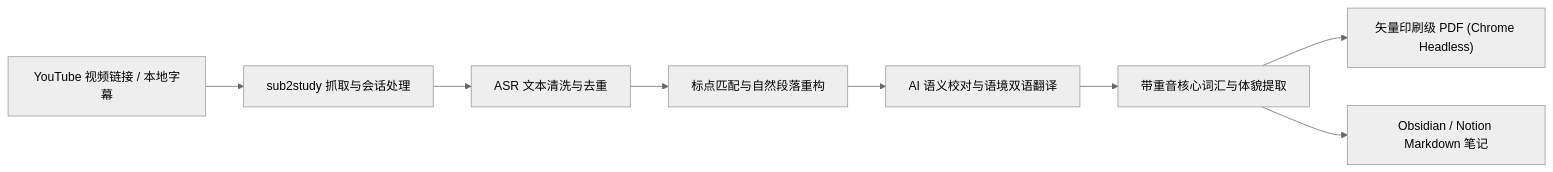
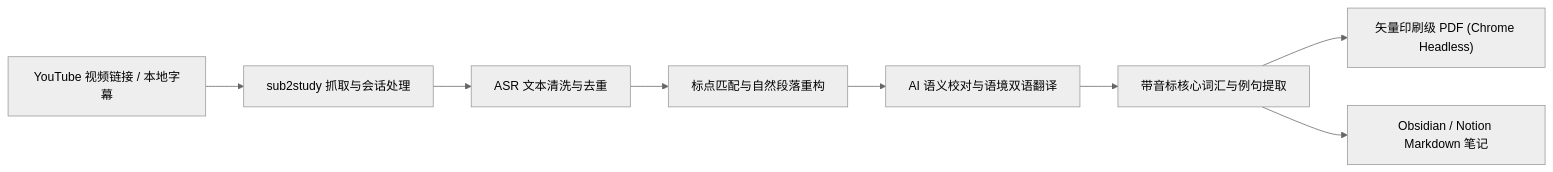
The diagram in README.md (wanxiao2018/sub2study), drawn with Mermaid (neutral theme) before and after one commit. The commit also changed other lines of this file and 2 other files, not shown here.

````diff
--- a/README.md
+++ b/README.md
@@ -38,10 +40,10 @@
 ```mermaid
 flowchart LR
     A["YouTube 视频链接 / 本地字幕"] --> B["sub2study 抓取与会话处理"]
     B --> C["ASR 文本清洗与去重"]
     C --> D["标点匹配与自然段落重构"]
     D --> E["AI 语义校对与语境双语翻译"]
-    E --> F["带重音核心词汇与体貌提取"]
+    E --> F["带音标核心词汇与例句提取"]
     F --> G["矢量印刷级 PDF (Chrome Headless)"]
     F --> H["Obsidian / Notion Markdown 笔记"]
 ```
````
